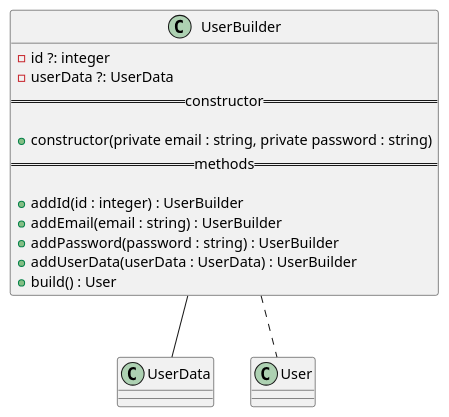
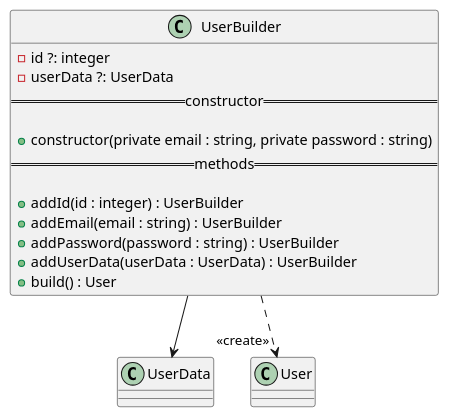
The diagram in docs/diagrams/classes/User/UserBuilder.pu (GruppOne/stalker-web-app), drawn with PlantUML before and after one commit. The commit also changed 12 other files, not shown here.

Commit message:
docs: fix diagrams after review

```diff
--- a/docs/diagrams/classes/User/UserBuilder.pu
+++ b/docs/diagrams/classes/User/UserBuilder.pu
@@ -1,19 +1,19 @@
 @startuml UserBuilder Diagram
 class UserBuilder {
   - id ?: integer
   - userData ?: UserData
   == constructor ==
 
   + constructor(private email : string, private password : string)
   == methods ==
 
   + addId(id : integer) : UserBuilder
   + addEmail(email : string) : UserBuilder
   + addPassword(password : string) : UserBuilder
   + addUserData(userData : UserData) : UserBuilder
   + build() : User
 }
 
-UserBuilder -- UserData
-UserBuilder .. User
+UserBuilder --> UserData
+UserBuilder ..> "<<create>>" User
 @enduml
```
